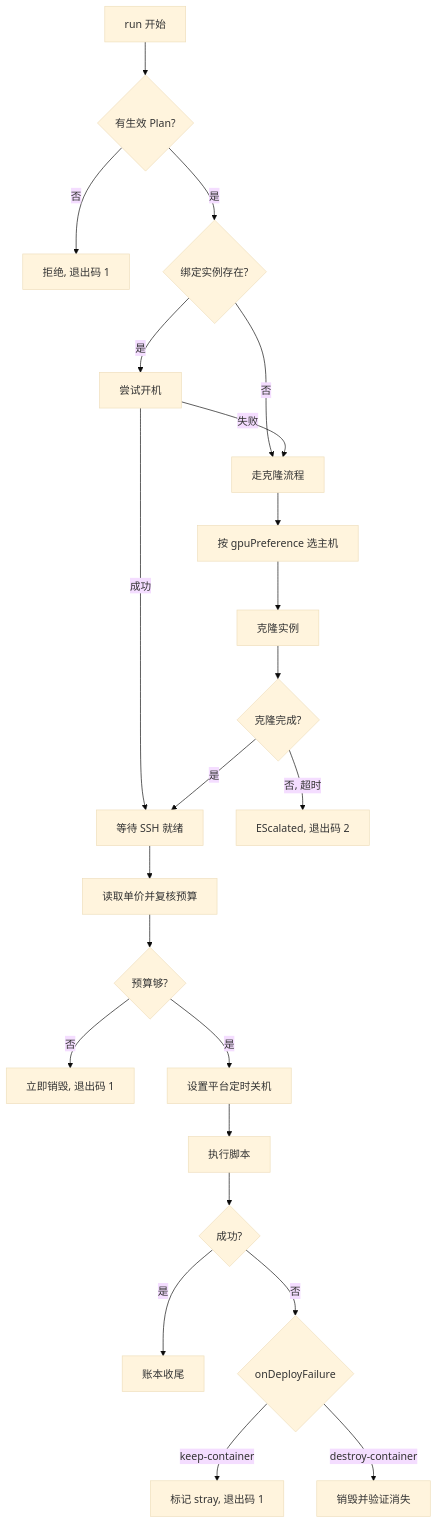
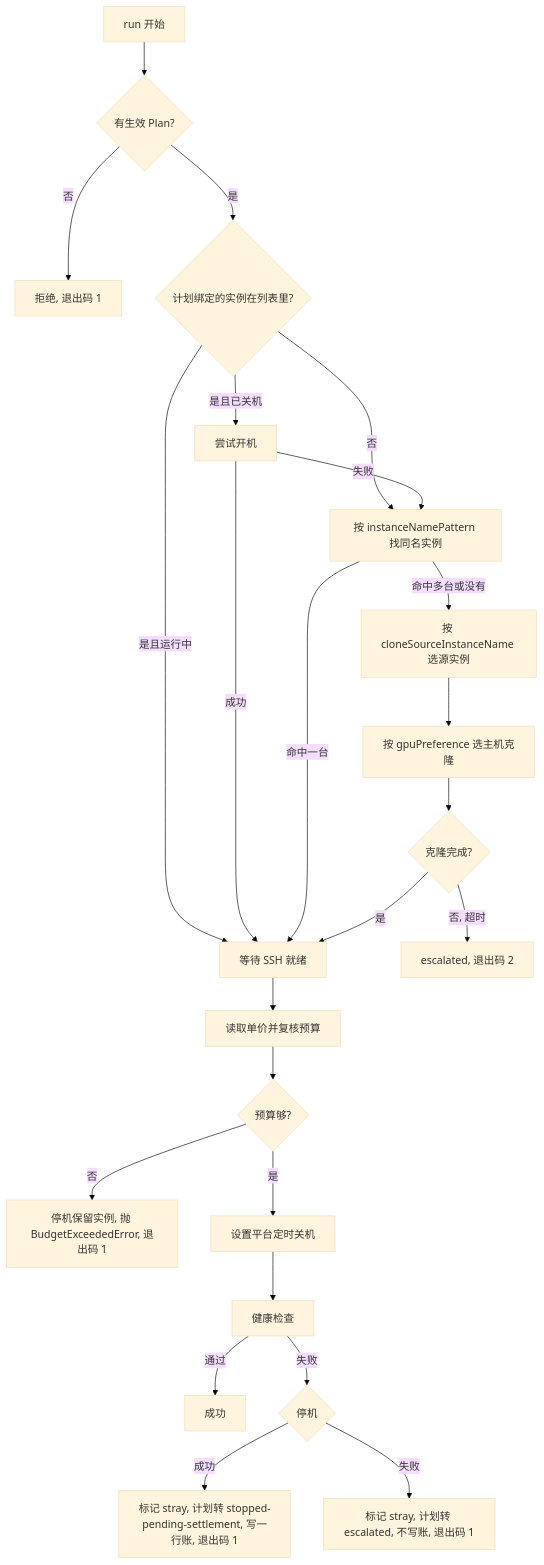
Before and after one commit to ZQH123196/deploydeck: the diagram in docs/specs/deploydeck-phase2.md, drawn with Mermaid (base theme). The commit also changed other lines of this file and 56 other files, not shown here.

````diff
--- a/docs/specs/deploydeck-phase2.md
+++ b/docs/specs/deploydeck-phase2.md
@@ -118,25 +123,26 @@
 ```mermaid
 flowchart TB
   A[run 开始] --> B{有生效 Plan?}
   B -- 否 --> Z1[拒绝, 退出码 1]
-  B -- 是 --> C{绑定实例存在?}
-  C -- 否 --> G[走克隆流程]
-  C -- 是 --> D[尝试开机]
-  D -- 成功 --> E[等待 SSH 就绪]
+  B -- 是 --> C{计划绑定的实例在列表里?}
+  C -- 是且运行中 --> E[等待 SSH 就绪]
+  C -- 是且已关机 --> D[尝试开机]
+  C -- 否 --> G[按 instanceNamePattern 找同名实例]
+  D -- 成功 --> E
   D -- 失败 --> G
-  G --> H[按 gpuPreference 选主机]
-  H --> I[克隆实例]
+  G -- 命中一台 --> E
+  G -- 命中多台或没有 --> H[按 cloneSourceInstanceName 选源实例]
+  H --> I[按 gpuPreference 选主机克隆]
   I --> J{克隆完成?}
-  J -- 否, 超时 --> Z2[EScalated, 退出码 2]
+  J -- 否, 超时 --> Z2[escalated, 退出码 2]
   J -- 是 --> E
   E --> F[读取单价并复核预算]
   F --> K{预算够?}
-  K -- 否 --> Z3[立即销毁, 退出码 1]
+  K -- 否 --> Z3[停机保留实例, 抛 BudgetExceededError, 退出码 1]
   K -- 是 --> L[设置平台定时关机]
-  L --> M[执行脚本]
-  M --> N{成功?}
-  N -- 是 --> O[账本收尾]
-  N -- 否 --> P{onDeployFailure}
-  P -- keep-container --> Q[标记 stray, 退出码 1]
-  P -- destroy-container --> R[销毁并验证消失]
+  L --> M[健康检查]
+  M -- 通过 --> O[成功]
+  M -- 失败 --> P{停机}
+  P -- 成功 --> Q[标记 stray, 计划转 stopped-pending-settlement, 写一行账, 退出码 1]
+  P -- 失败 --> R[标记 stray, 计划转 escalated, 不写账, 退出码 1]
 ```
````
